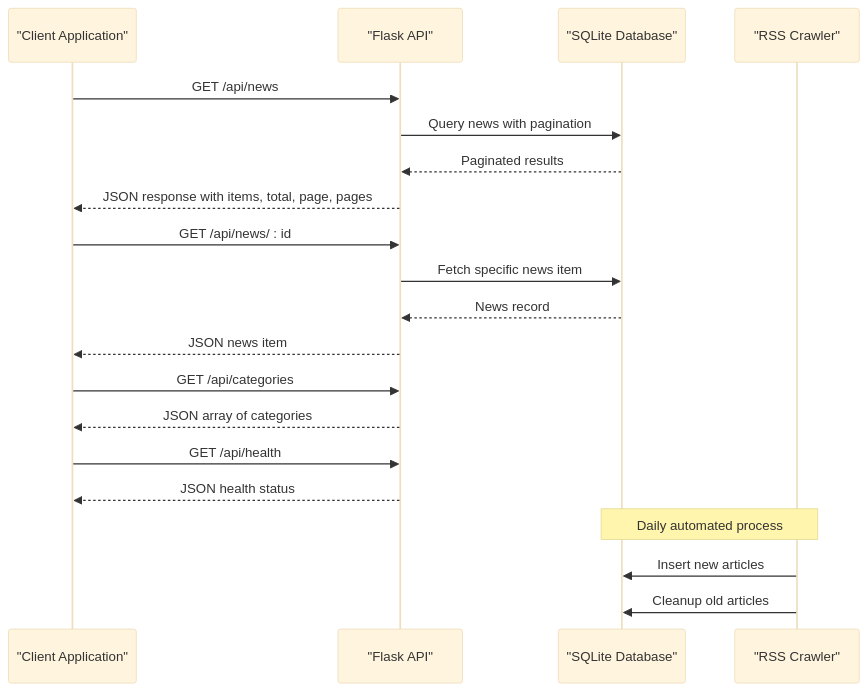
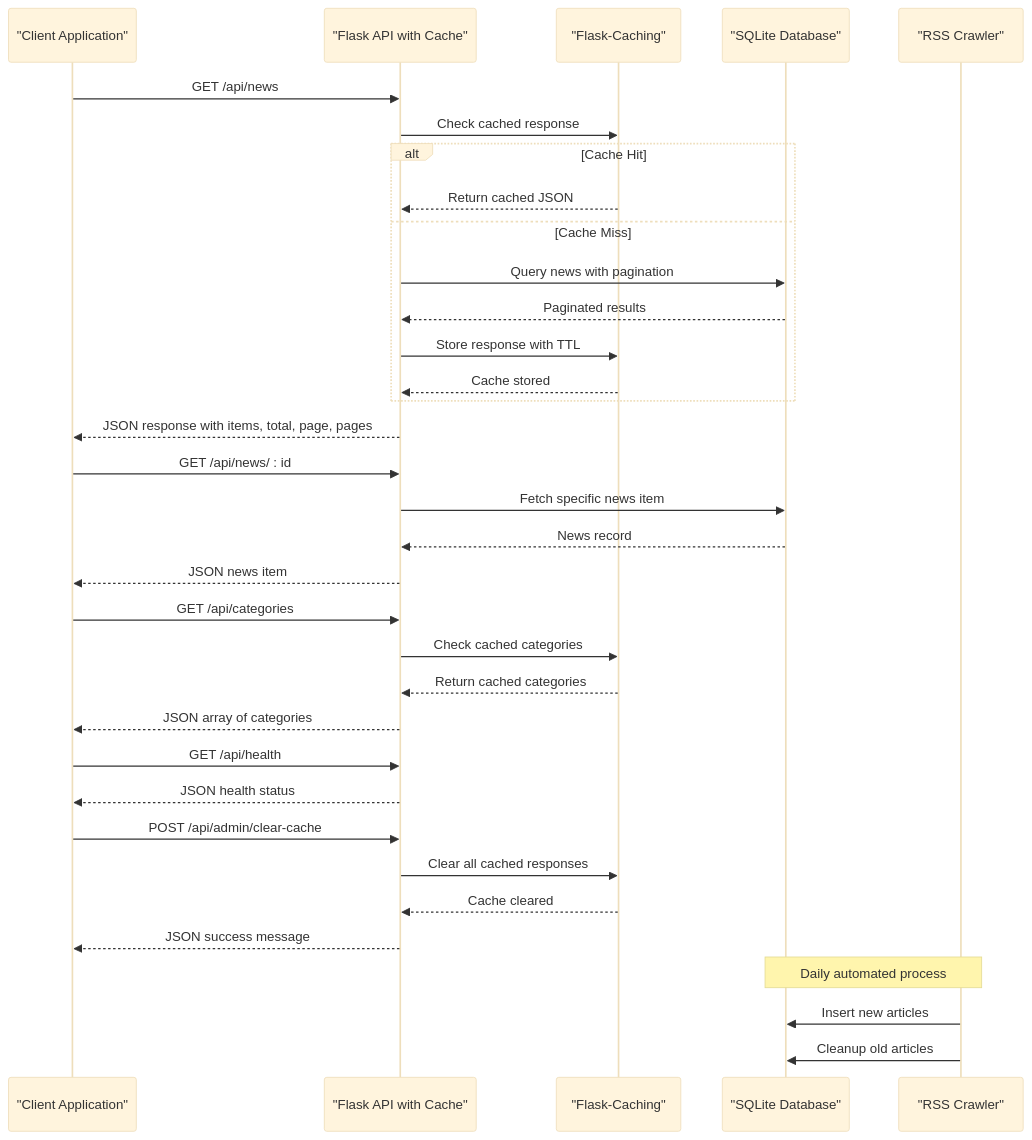
One commit to zbw-zbw/news-aggregator changed the second of 4 diagrams in .qoder/repowiki/en/content/Backend API Documentation/Backend API Documentation.md. Above: the diagram before and after it, drawn with Mermaid (base theme). The commit also changed other lines of this file and 9 other files, not shown here.

````diff
--- a/.qoder/repowiki/en/content/Backend API Documentation/Backend API Documentation.md
+++ b/.qoder/repowiki/en/content/Backend API Documentation/Backend API Documentation.md
@@ -94,22 +106,36 @@
 ```mermaid
 sequenceDiagram
 participant Client as "Client Application"
-participant API as "Flask API"
+participant API as "Flask API with Cache"
+participant Cache as "Flask-Caching"
 participant DB as "SQLite Database"
 participant Crawler as "RSS Crawler"
 Client->>API : GET /api/news
+API->>Cache : Check cached response
+alt Cache Hit
+Cache-->>API : Return cached JSON
+else Cache Miss
 API->>DB : Query news with pagination
 DB-->>API : Paginated results
+API->>Cache : Store response with TTL
+Cache-->>API : Cache stored
+end
 API-->>Client : JSON response with items, total, page, pages
 Client->>API : GET /api/news/ : id
 API->>DB : Fetch specific news item
 DB-->>API : News record
 API-->>Client : JSON news item
 Client->>API : GET /api/categories
+API->>Cache : Check cached categories
+Cache-->>API : Return cached categories
 API-->>Client : JSON array of categories
 Client->>API : GET /api/health
 API-->>Client : JSON health status
+Client->>API : POST /api/admin/clear-cache
+API->>Cache : Clear all cached responses
+Cache-->>API : Cache cleared
+API-->>Client : JSON success message
 Note over Crawler,DB : Daily automated process
 Crawler->>DB : Insert new articles
 Crawler->>DB : Cleanup old articles
 ```
````
